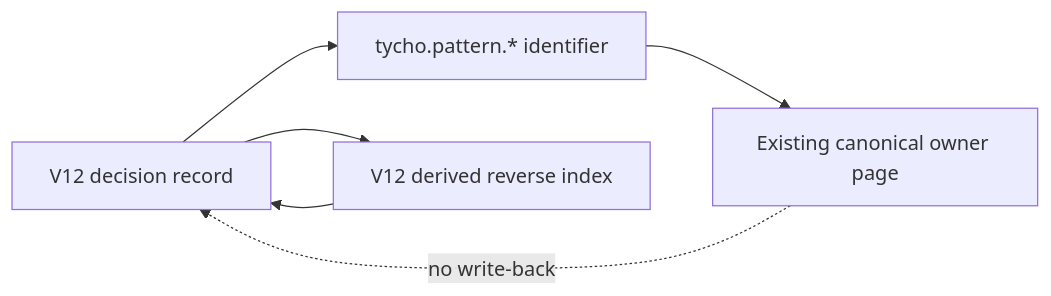
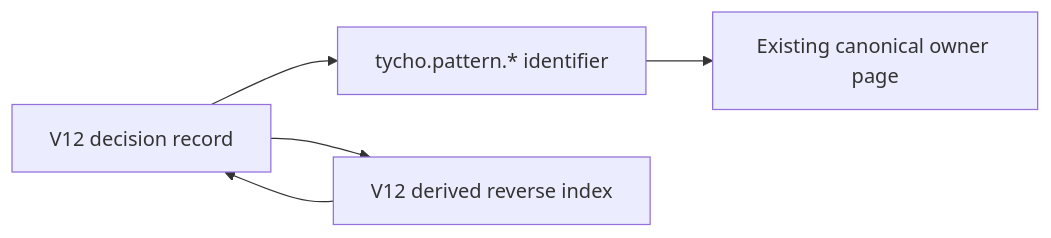
One commit to rouslanbaranov/tycho changed the diagram in book/volumes/v12-modeling-simulation-and-decision-validation/c05-decision-integration/decision-records-and-pattern-links.md. Above: the diagram before and after it, drawn with Mermaid. The commit also changed 9 other files, not shown here.

```diff
--- a/book/volumes/v12-modeling-simulation-and-decision-validation/c05-decision-integration/decision-records-and-pattern-links.md
+++ b/book/volumes/v12-modeling-simulation-and-decision-validation/c05-decision-integration/decision-records-and-pattern-links.md
@@ -134,8 +134,7 @@
 ~~~mermaid
 flowchart LR
     V["V12 decision record"] --> P["tycho.pattern.* identifier"]
     P --> O["Existing canonical owner page"]
     V --> R["V12 derived reverse index"]
     R --> V
-    O -. "no write-back" .-> V
 ~~~
```
